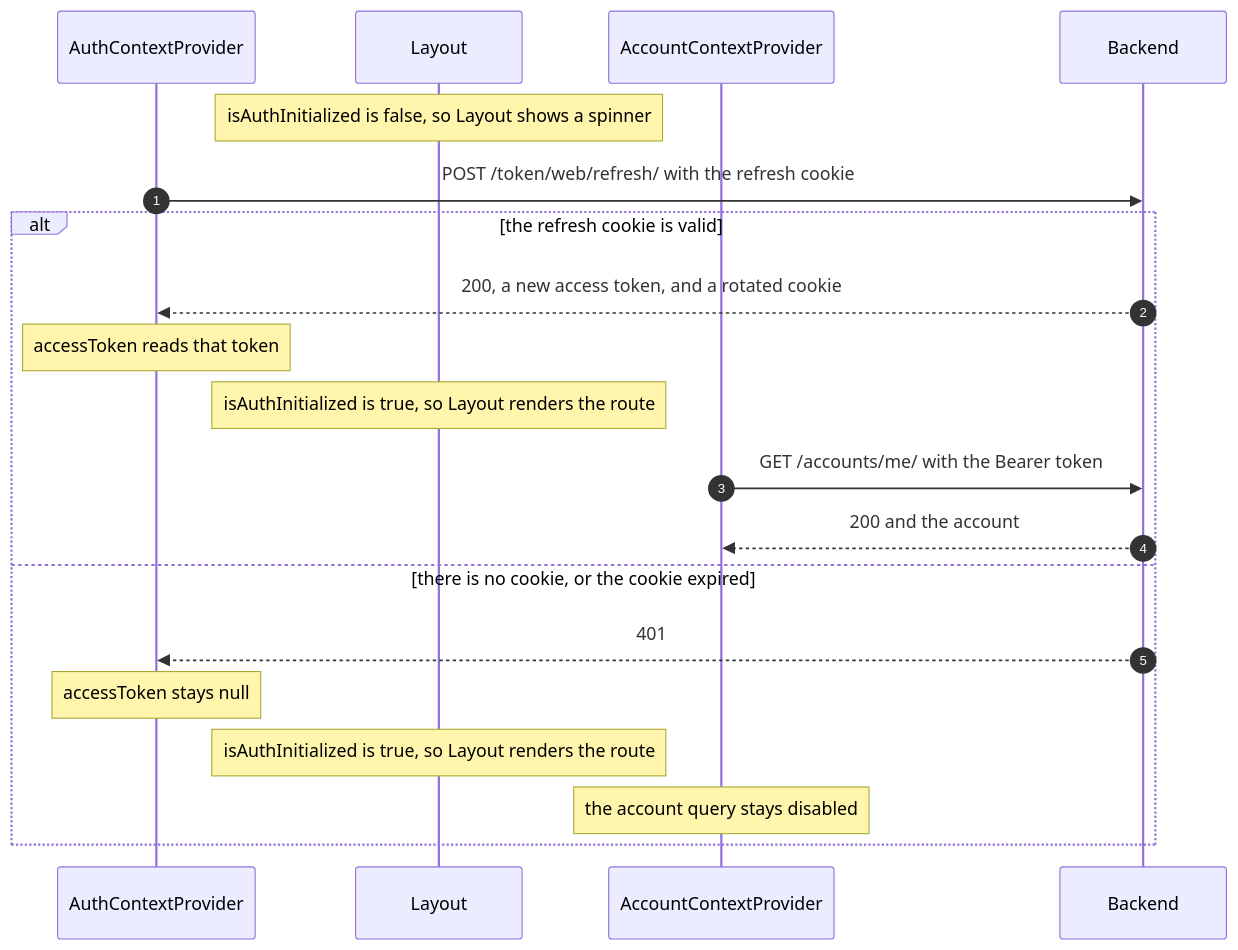
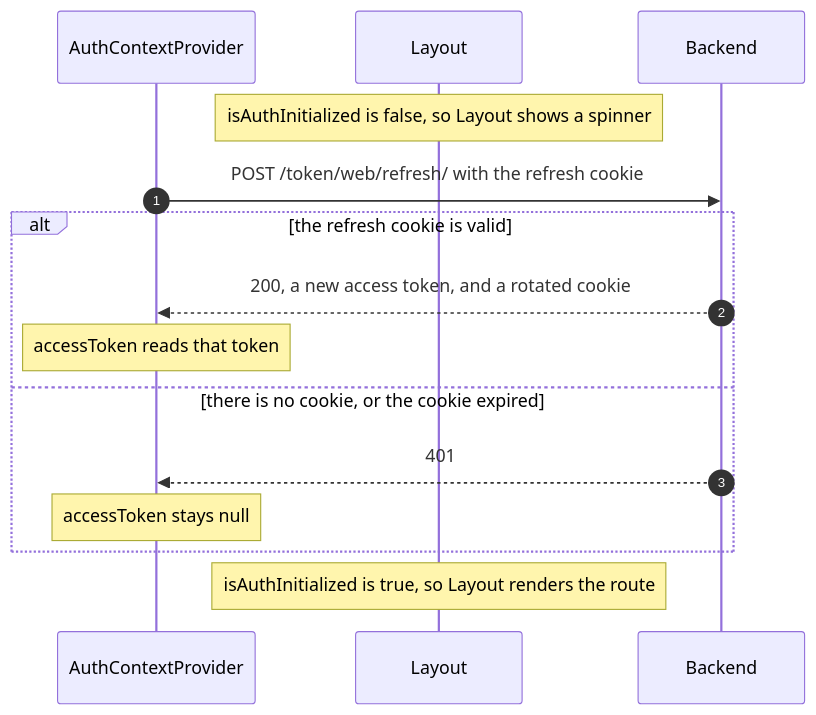
One commit to floels/pinit changed the second of 4 diagrams in web/doc/authentication.md. Above: the diagram before and after it, drawn with Mermaid. The commit also changed other lines of this file, not shown here.

First line of the commit message:
docs(web): keep the auth doc scoped to authentication

````diff
--- a/web/doc/authentication.md
+++ b/web/doc/authentication.md
@@ -129,23 +129,18 @@
 ```mermaid
 sequenceDiagram
     autonumber
     participant P as AuthContextProvider
     participant L as Layout
-    participant A as AccountContextProvider
     participant B as Backend
 
     Note over L: isAuthInitialized is false, so Layout shows a spinner
     P->>B: POST /token/web/refresh/ with the refresh cookie
     alt the refresh cookie is valid
         B-->>P: 200, a new access token, and a rotated cookie
         Note over P: accessToken reads that token
-        Note over L: isAuthInitialized is true, so Layout renders the route
-        A->>B: GET /accounts/me/ with the Bearer token
-        B-->>A: 200 and the account
     else there is no cookie, or the cookie expired
         B-->>P: 401
         Note over P: accessToken stays null
-        Note over L: isAuthInitialized is true, so Layout renders the route
-        Note over A: the account query stays disabled
     end
+    Note over L: isAuthInitialized is true, so Layout renders the route
 ```
````
